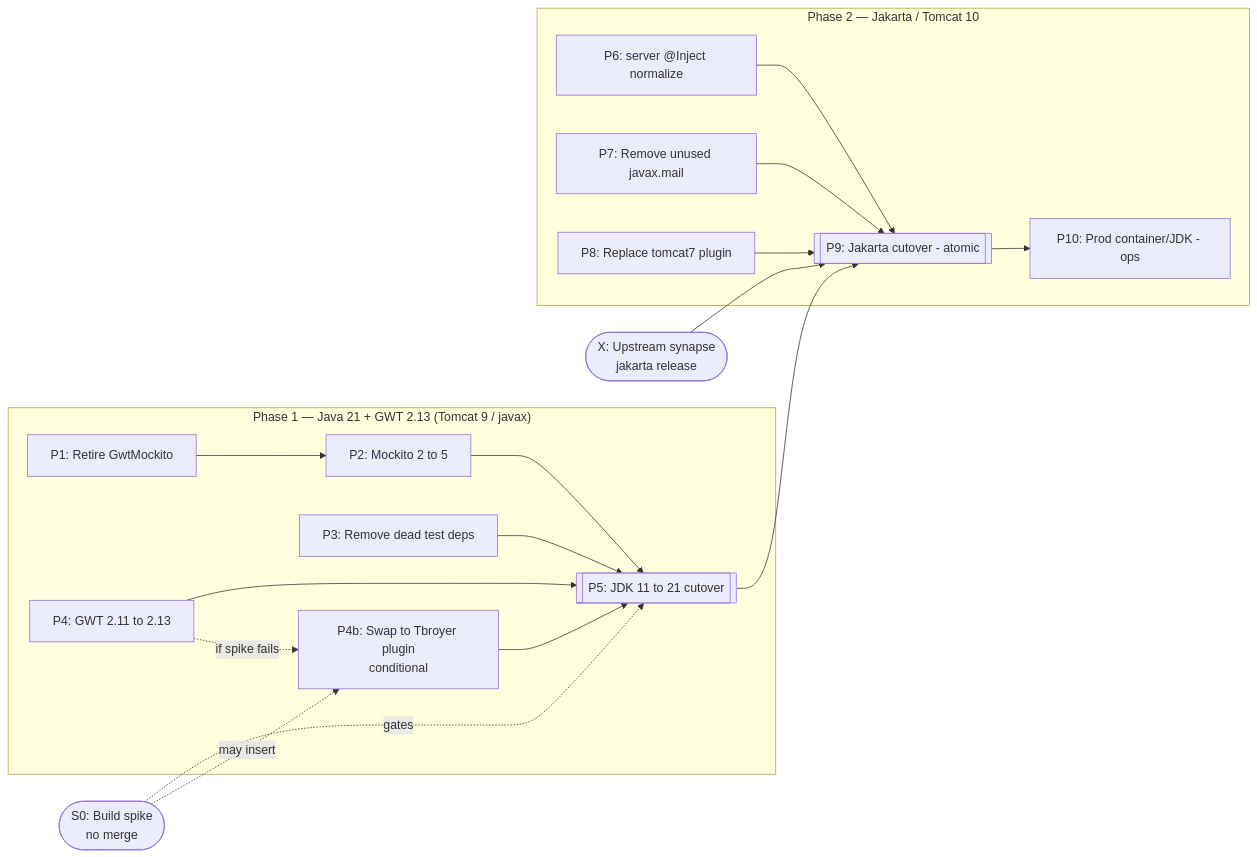
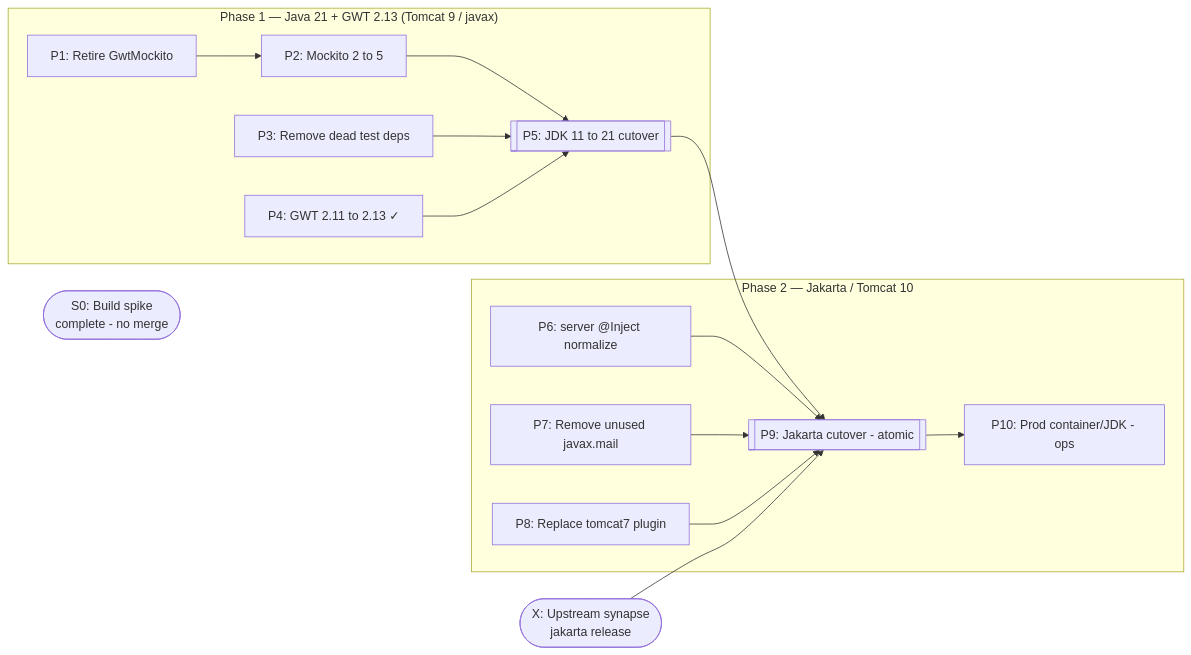
The first of 3 diagrams in MIGRATION.md (Sage-Bionetworks/SynapseWebClient), drawn with Mermaid before and after one commit. The commit also changed other lines of this file, not shown here.

First line of the commit message:
SWC-7046 - Update MIGRATION.md with S0 spike results

````diff
--- a/MIGRATION.md
+++ b/MIGRATION.md
@@ -50,38 +50,33 @@
 ```mermaid
 flowchart LR
-    S0([S0: Build spike<br/>no merge])
+    S0([S0: Build spike<br/>complete - no merge])
     X([X: Upstream synapse<br/>jakarta release])
 
     subgraph PH1["Phase 1 — Java 21 + GWT 2.13 (Tomcat 9 / javax)"]
         P1[P1: Retire GwtMockito]
         P2[P2: Mockito 2 to 5]
         P3[P3: Remove dead test deps]
-        P4[P4: GWT 2.11 to 2.13]
-        P4b[P4b: Swap to Tbroyer plugin<br/>conditional]
+        P4[P4: GWT 2.11 to 2.13 ✓]
         P5[[P5: JDK 11 to 21 cutover]]
     end
 
     subgraph PH2["Phase 2 — Jakarta / Tomcat 10"]
         P6[P6: server @Inject normalize]
         P7[P7: Remove unused javax.mail]
         P8[P8: Replace tomcat7 plugin]
         P9[[P9: Jakarta cutover - atomic]]
         P10[P10: Prod container/JDK - ops]
     end
 
-    S0 -. gates .-> P5
     P1 --> P2
     P2 --> P5
     P3 --> P5
     P4 --> P5
-    P4 -. if spike fails .-> P4b
-    P4b --> P5
-    S0 -. may insert .-> P4b
 
     P5 --> P9
     P6 --> P9
     P7 --> P9
     P8 --> P9
     X --> P9
     P9 --> P10
 ```
````
